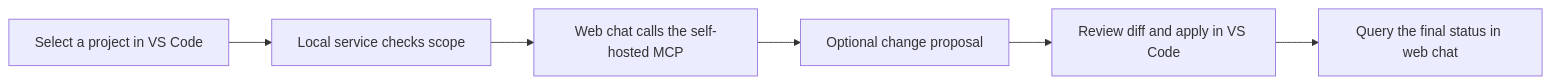
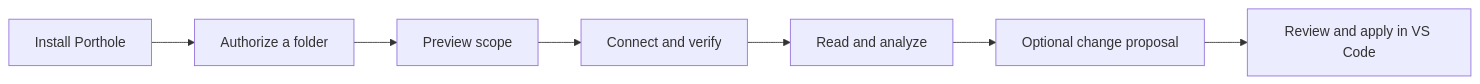
The diagram in README.en.md (sky910140/porthole), drawn with Mermaid before and after one commit. The commit also changed other lines of this file and 116 other files, not shown here.

````diff
--- a/README.en.md
+++ b/README.en.md
@@ -7,8 +26,9 @@
 ```mermaid
 flowchart LR
-    A[Select a project in VS Code] --> B[Local service checks scope]
-    B --> C[Web chat calls the self-hosted MCP]
-    C --> D[Optional change proposal]
-    D --> E[Review diff and apply in VS Code]
-    E --> F[Query the final status in web chat]
+    A[Install Porthole] --> B[Authorize a folder]
+    B --> C[Preview scope]
+    C --> D[Connect and verify]
+    D --> E[Read and analyze]
+    E --> F[Optional change proposal]
+    F --> G[Review and apply in VS Code]
 ```
````
